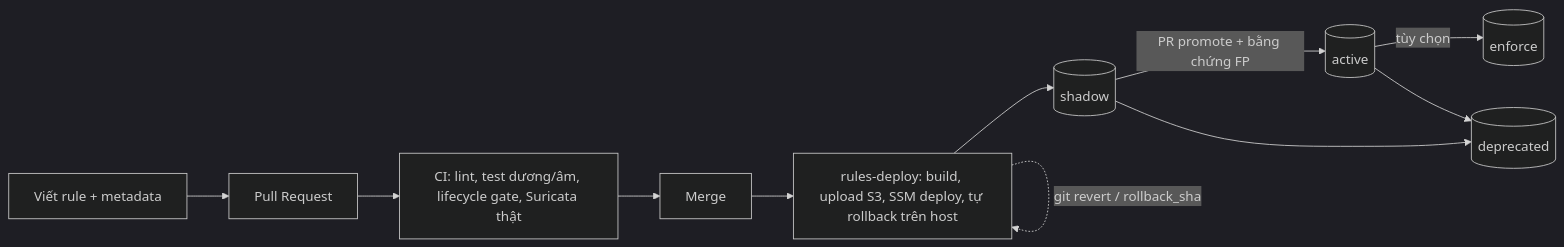
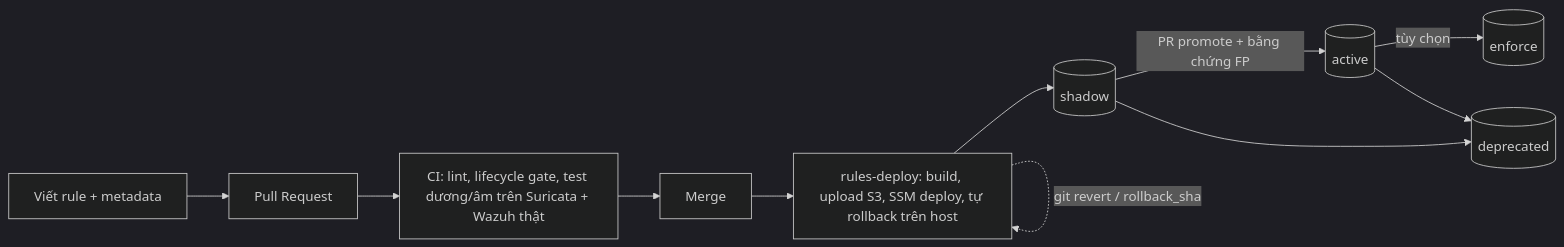
The diagram in docs/detection-as-code.md (NguyenDoanHongHuyUIT/SIEM-SOAR-LAB), drawn with Mermaid (dark theme) before and after one commit. The commit also changed other lines of this file and 135 other files, not shown here.

````diff
--- a/docs/detection-as-code.md
+++ b/docs/detection-as-code.md
@@ -5,13 +5,13 @@
 ```mermaid
 flowchart LR
   A[Viết rule + metadata] --> B[Pull Request]
-  B --> C[CI: lint, test dương/âm, lifecycle gate, Suricata thật]
+  B --> C[CI: lint, lifecycle gate, test dương/âm trên Suricata + Wazuh thật]
   C --> D[Merge]
   D --> E[rules-deploy: build, upload S3, SSM deploy, tự rollback trên host]
   E --> F[(shadow)]
   F -->|PR promote + bằng chứng FP| G[(active)]
   G -->|tùy chọn| H[(enforce)]
   G --> I[(deprecated)]
   F --> I
   E -. git revert / rollback_sha .-> E
 ```
````
